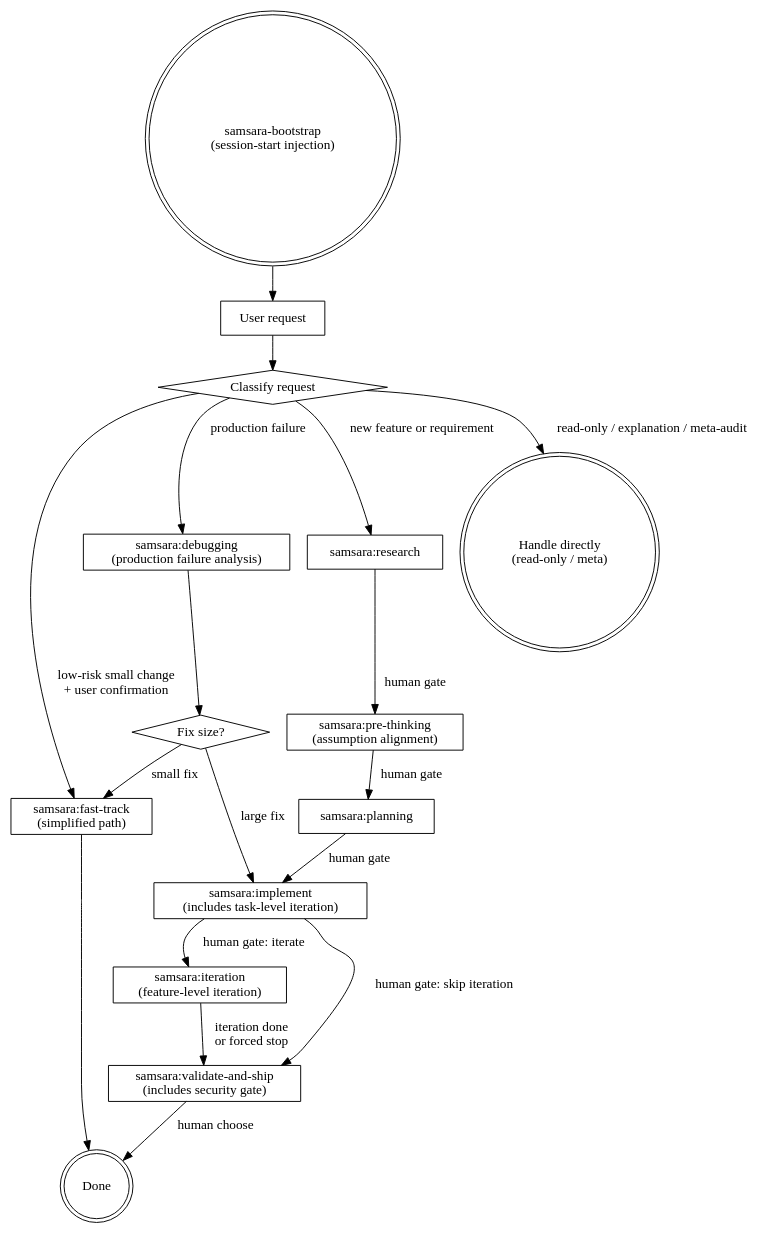
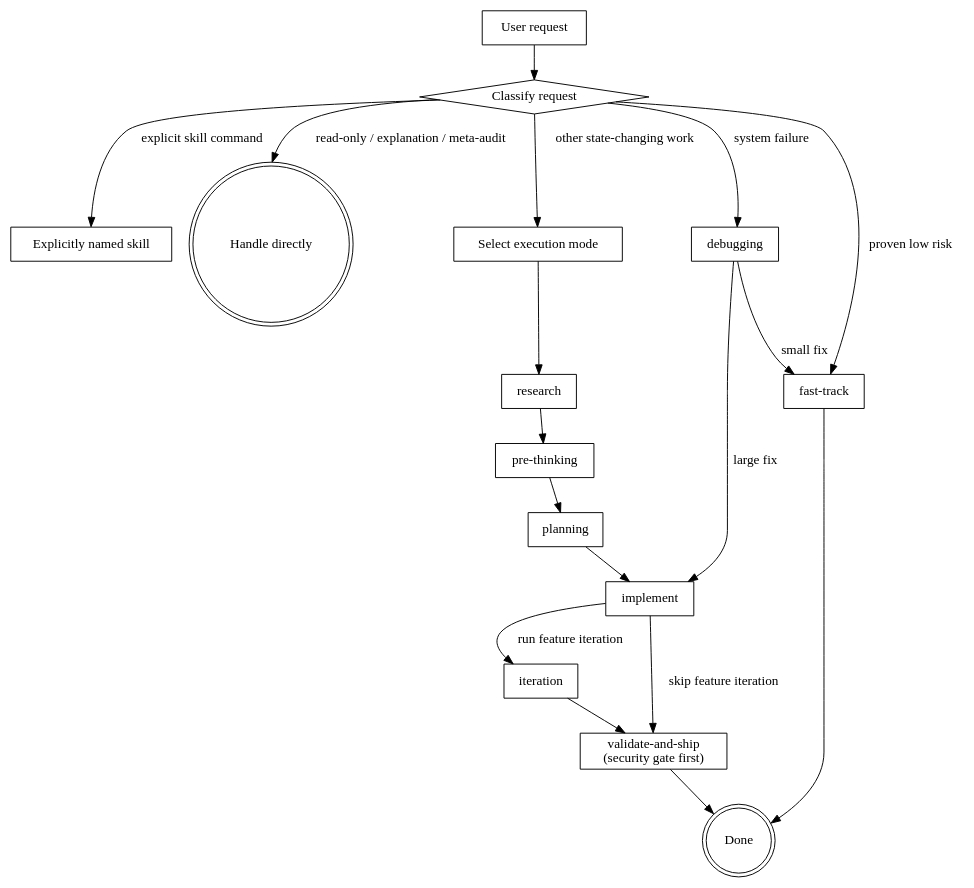
One commit to roymondliao/samsara changed the diagram in skills/samsara-bootstrap/SKILL.md. Above: the diagram before and after it, drawn with Graphviz. The commit also changed other lines of this file and 3 other files, not shown here.

````diff
--- a/skills/samsara-bootstrap/SKILL.md
+++ b/skills/samsara-bootstrap/SKILL.md
@@ -114,43 +124,40 @@
 ```dot
 digraph samsara_routing {
     rankdir=TB;
     node [shape=box];
 
-    bootstrap [label="samsara-bootstrap\n(session-start injection)" shape=doublecircle];
-    input [label="User request"];
+    request [label="User request"];
     classify [label="Classify request" shape=diamond];
-
-    fast_track [label="samsara:fast-track\n(simplified path)"];
-    research [label="samsara:research"];
-    pre_thinking [label="samsara:pre-thinking\n(assumption alignment)"];
-    planning [label="samsara:planning"];
-    implement [label="samsara:implement\n(includes task-level iteration)"];
-    iteration [label="samsara:iteration\n(feature-level iteration)"];
-    validate [label="samsara:validate-and-ship\n(includes security gate)"];
-    debugging [label="samsara:debugging\n(production failure analysis)"];
-    direct [label="Handle directly\n(read-only / meta)" shape=doublecircle];
-
-    fix_size [label="Fix size?" shape=diamond];
+    named [label="Explicitly named skill"];
+    direct [label="Handle directly" shape=doublecircle];
+    mode [label="Select execution mode"];
+    research [label="research"];
+    prethinking [label="pre-thinking"];
+    planning [label="planning"];
+    implement [label="implement"];
+    iteration [label="iteration"];
+    validate [label="validate-and-ship\n(security gate first)"];
+    fasttrack [label="fast-track"];
+    debugging [label="debugging"];
     done [label="Done" shape=doublecircle];
 
-    bootstrap -> input;
-    input -> classify;
-    classify -> fast_track [label="low-risk small change\n+ user confirmation"];
-    classify -> research [label="new feature or requirement"];
-    classify -> debugging [label="production failure"];
+    request -> classify;
+    classify -> named [label="explicit skill command"];
     classify -> direct [label="read-only / explanation / meta-audit"];
+    classify -> debugging [label="system failure"];
+    classify -> fasttrack [label="proven low risk"];
+    classify -> mode [label="other state-changing work"];
+    mode -> research;
 
-    research -> pre_thinking [label="human gate"];
-    pre_thinking -> planning [label="human gate"];
-    planning -> implement [label="human gate"];
-    implement -> iteration [label="human gate: iterate"];
-    implement -> validate [label="human gate: skip iteration"];
-    iteration -> validate [label="iteration done\nor forced stop"];
-    validate -> done [label="human choose"];
-
-    fast_track -> done;
-    debugging -> fix_size;
-    fix_size -> fast_track [label="small fix"];
-    fix_size -> implement [label="large fix"];
+    research -> prethinking;
+    prethinking -> planning;
+    planning -> implement;
+    implement -> validate [label="skip feature iteration"];
+    implement -> iteration [label="run feature iteration"];
+    iteration -> validate;
+    validate -> done;
+    fasttrack -> done;
+    debugging -> fasttrack [label="small fix"];
+    debugging -> implement [label="large fix"];
 }
 ```
````
